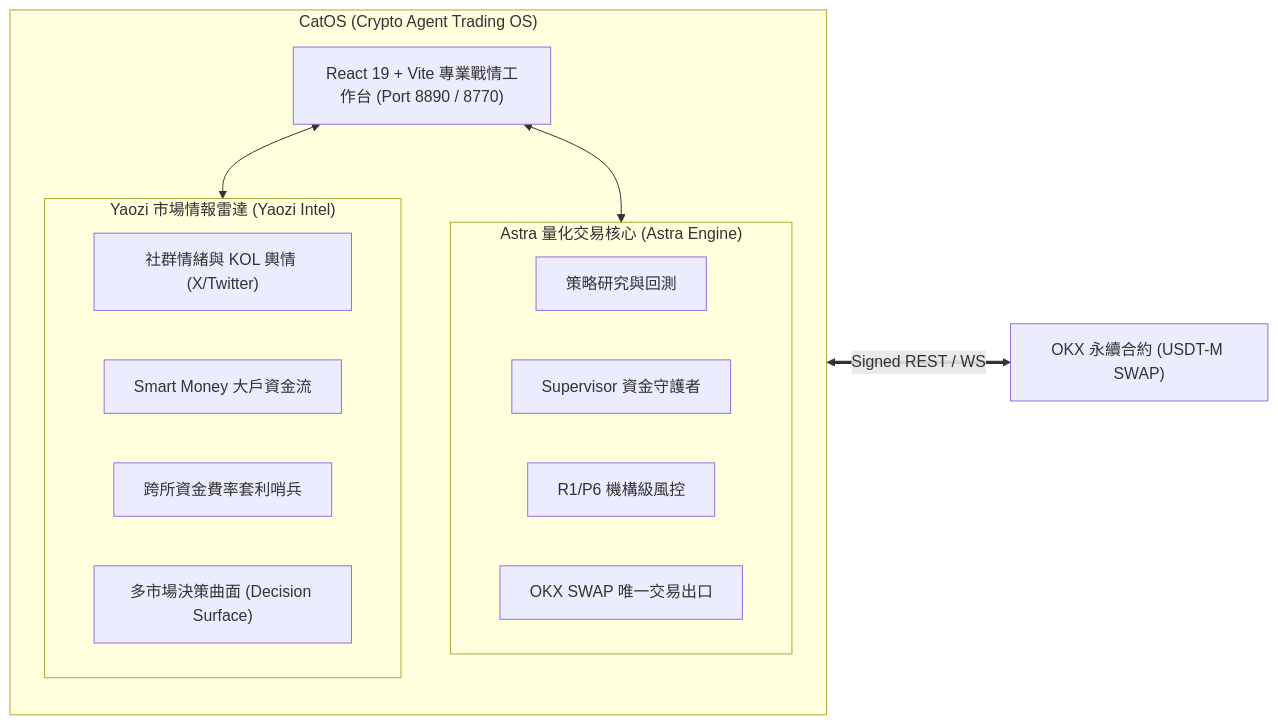
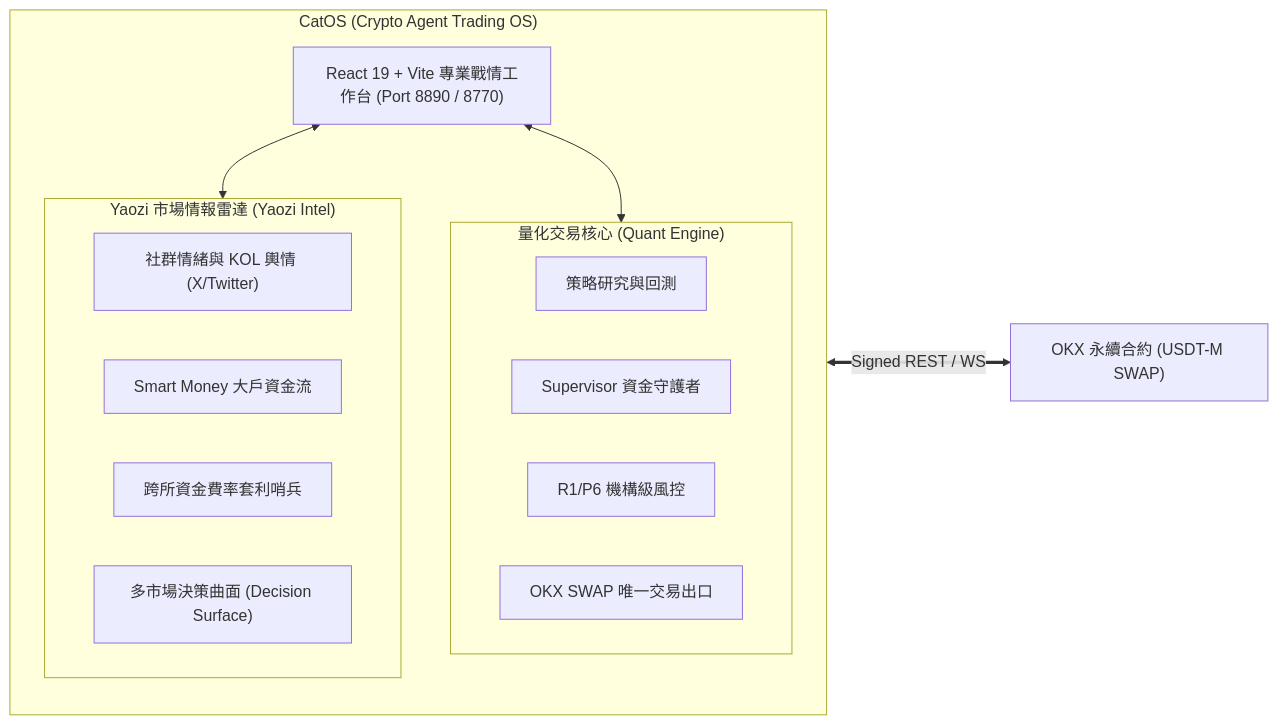
One commit to b40609/CatOS changed the second of 2 diagrams in README.md. Above: the diagram before and after it, drawn with Mermaid. The commit also changed other lines of this file and 591 other files, not shown here.

````diff
--- a/README.md
+++ b/README.md
@@ -64,22 +63,22 @@
 ```mermaid
 flowchart LR
     subgraph CatOS["CatOS (Crypto Agent Trading OS)"]
         direction TB
-        subgraph Astra["Astra 量化交易核心 (Astra Engine)"]
+        subgraph Quant["量化交易核心 (Quant Engine)"]
             Research["策略研究與回測"]
             Supervisor["Supervisor 資金守護者"]
             Risk["R1/P6 機構級風控"]
             Exec["OKX SWAP 唯一交易出口"]
         end
         subgraph Yaozi["Yaozi 市場情報雷達 (Yaozi Intel)"]
             Social["社群情緒與 KOL 輿情 (X/Twitter)"]
             Flow["Smart Money 大戶資金流"]
             Arb["跨所資金費率套利哨兵"]
             Surface["多市場決策曲面 (Decision Surface)"]
         end
         Terminal["React 19 + Vite 專業戰情工作台 (Port 8890 / 8770)"]
     end
-    Terminal <--> Astra
+    Terminal <--> Quant
     Terminal <--> Yaozi
-    Astra <==>|Signed REST / WS| OKX["OKX 永續合約 (USDT-M SWAP)"]
+    Quant <==>|Signed REST / WS| OKX["OKX 永續合約 (USDT-M SWAP)"]
 ```
````
